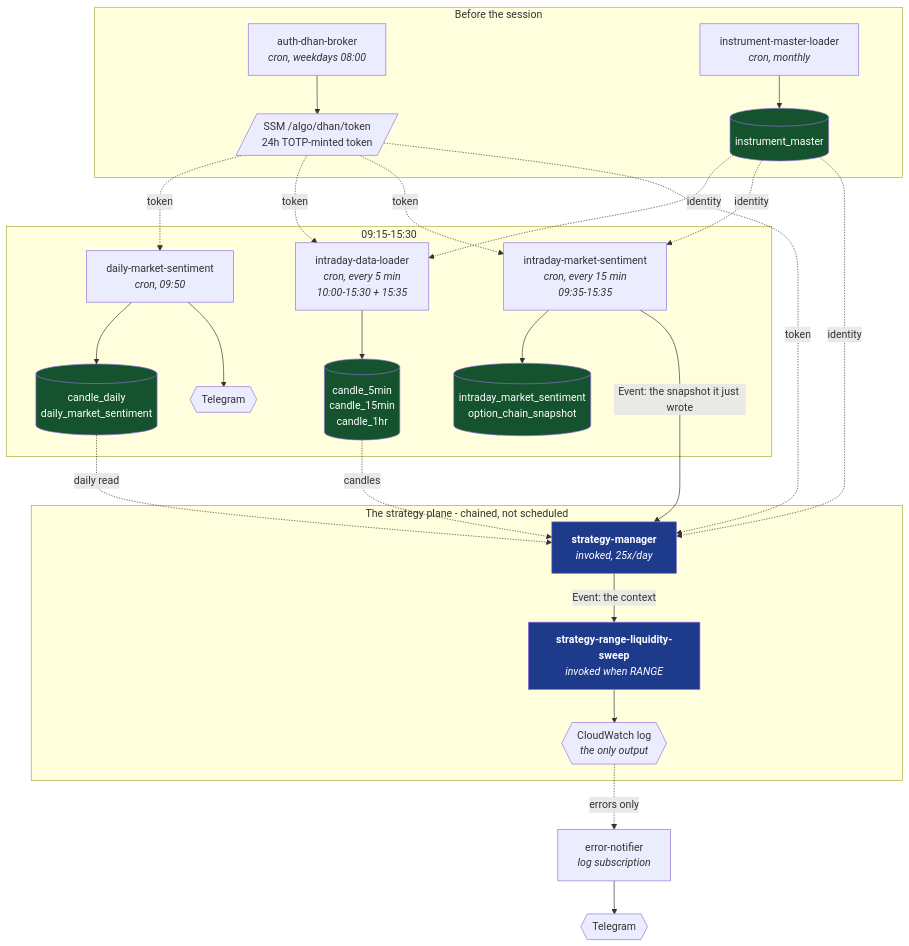
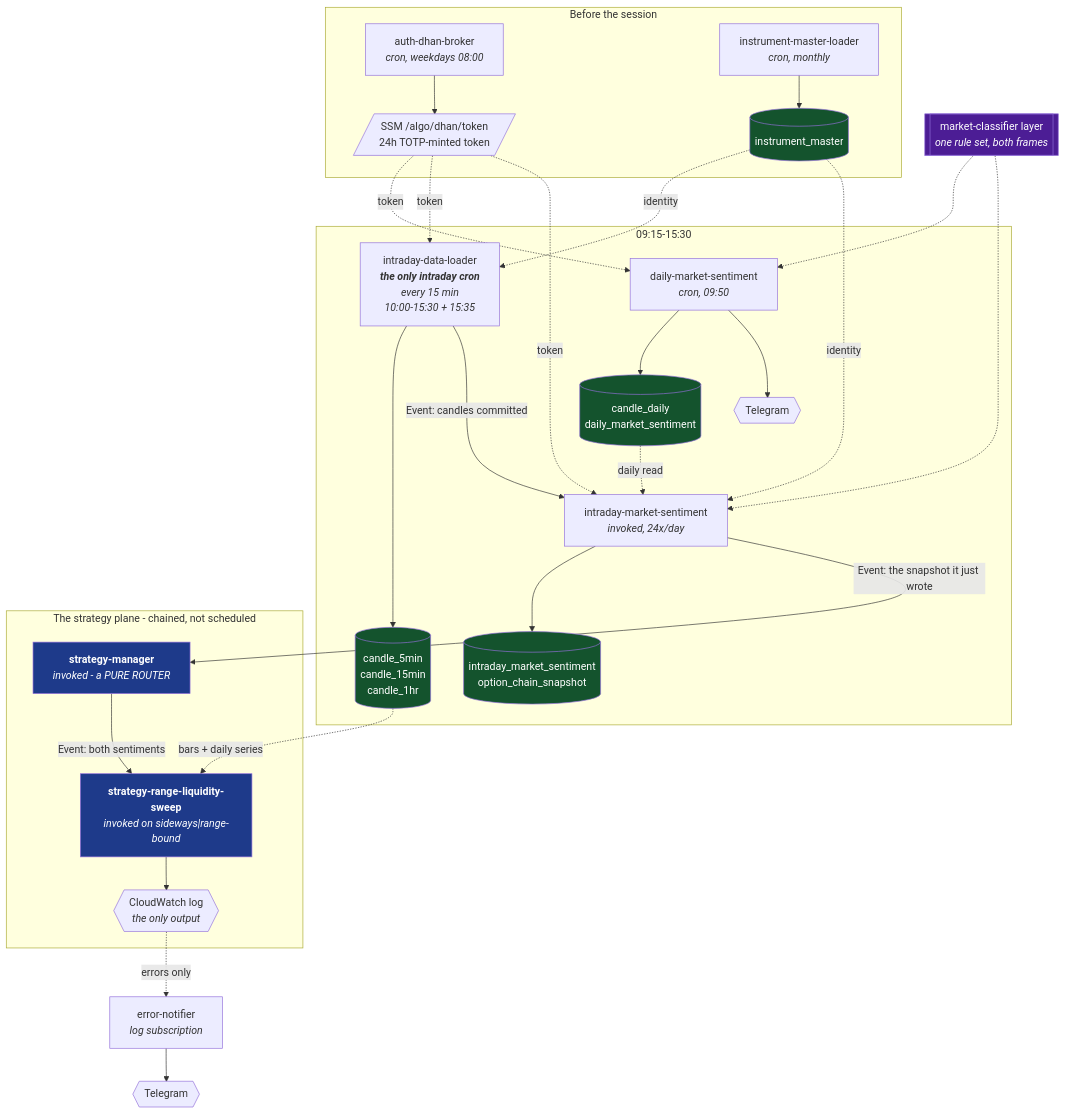
The first of 7 diagrams in docs/flow.md (amar7585/aws-algo-claude), drawn with Mermaid before and after one commit. The commit also changed other lines of this file and 47 other files, not shown here.

````diff
--- a/docs/flow.md
+++ b/docs/flow.md
@@ -10,45 +10,49 @@
 ```mermaid
 flowchart TD
     subgraph BEFORE["Before the session"]
         AUTH["auth-dhan-broker<br/><i>cron, weekdays 08:00</i>"] --> SSM[/"SSM /algo/dhan/token<br/>24h TOTP-minted token"/]
         LOADER["instrument-master-loader<br/><i>cron, monthly</i>"] --> IM[("instrument_master")]
     end
 
     subgraph SESSION["09:15-15:30"]
         DAILY["daily-market-sentiment<br/><i>cron, 09:50</i>"] --> DTBL[("candle_daily<br/>daily_market_sentiment")]
         DAILY --> TG1{{"Telegram"}}
 
-        CANDLES["intraday-data-loader<br/><i>cron, every 5 min<br/>10:00-15:30 + 15:35</i>"] --> CTBL[("candle_5min<br/>candle_15min<br/>candle_1hr")]
+        CANDLES["intraday-data-loader<br/><i><b>the only intraday cron</b><br/>every 15 min<br/>10:00-15:30 + 15:35</i>"] --> CTBL[("candle_5min<br/>candle_15min<br/>candle_1hr")]
 
-        SENT["intraday-market-sentiment<br/><i>cron, every 15 min<br/>09:35-15:35</i>"] --> STBL[("intraday_market_sentiment<br/>option_chain_snapshot")]
+        SENT["intraday-market-sentiment<br/><i>invoked, 24x/day</i>"] --> STBL[("intraday_market_sentiment<br/>option_chain_snapshot")]
     end
 
     subgraph STRAT["The strategy plane - chained, not scheduled"]
-        MGR["<b>strategy-manager</b><br/><i>invoked, 25x/day</i>"]
-        SWEEP["<b>strategy-range-liquidity-sweep</b><br/><i>invoked when RANGE</i>"]
-        MGR -->|"Event: the context"| SWEEP
+        MGR["<b>strategy-manager</b><br/><i>invoked - a PURE ROUTER</i>"]
+        SWEEP["<b>strategy-range-liquidity-sweep</b><br/><i>invoked on sideways|range-bound</i>"]
+        MGR -->|"Event: both sentiments"| SWEEP
         SWEEP --> LOG{{"CloudWatch log<br/><i>the only output</i>"}}
     end
 
+    CANDLES -->|"Event: candles committed"| SENT
     SENT -->|"Event: the snapshot it just wrote"| MGR
 
     SSM -.token.-> DAILY
     SSM -.token.-> CANDLES
     SSM -.token.-> SENT
-    SSM -.token.-> MGR
-    CTBL -.candles.-> MGR
-    DTBL -.daily read.-> MGR
+    CTBL -.bars + daily series.-> SWEEP
+    DTBL -.daily read.-> SENT
     IM -.identity.-> CANDLES
     IM -.identity.-> SENT
-    IM -.identity.-> MGR
+
+    CLS[["market-classifier layer<br/><i>one rule set, both frames</i>"]]
+    CLS -.-> DAILY
+    CLS -.-> SENT
+    style CLS fill:#4c1d95,color:#fff
 
     ERR["error-notifier<br/><i>log subscription</i>"] --> TG2{{"Telegram"}}
     LOG -.errors only.-> ERR
 
     style STBL fill:#14532d,color:#fff
     style CTBL fill:#14532d,color:#fff
     style DTBL fill:#14532d,color:#fff
     style IM fill:#14532d,color:#fff
     style MGR fill:#1e3a8a,color:#fff
     style SWEEP fill:#1e3a8a,color:#fff
 ```
````
